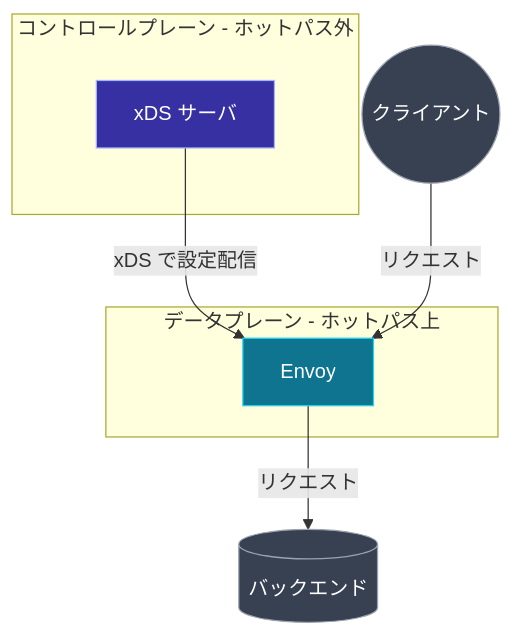
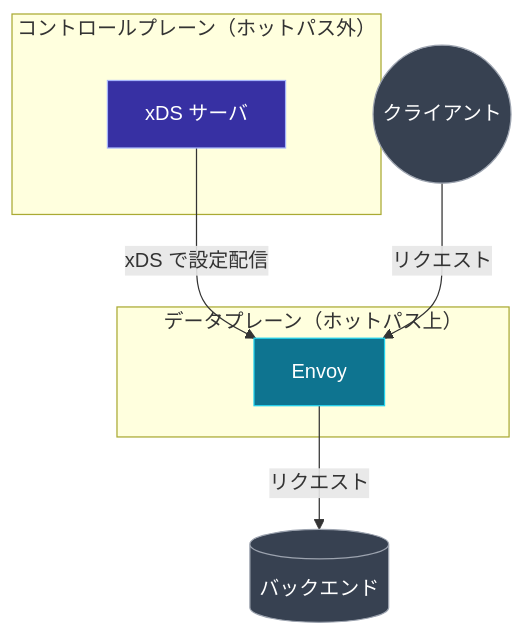
The first of 2 diagrams in docs/00-prerequisites/README.ja.md (0-draft/envoy-xds-deep-dive), drawn with Mermaid before and after one commit. The commit also changed other lines of this file and 29 other files, not shown here.

First line of the commit message:
docs: remove em dashes, fix CJK line wrapping, add LDS/RDS/CDS/EDS dispatch diagram

````diff
--- a/docs/00-prerequisites/README.ja.md
+++ b/docs/00-prerequisites/README.ja.md
@@ -45,19 +32,19 @@
 ```mermaid
 flowchart TB
     accTitle: コントロールプレーンとデータプレーン
     accDescr: コントロールプレーンの xDS サーバが xDS 経由で Envoy を設定する。ホットパス外だ。クライアントは Envoy を通してバックエンドへリクエストを送る。これはホットパス上。
-    subgraph control[コントロールプレーン - ホットパス外]
+    subgraph control["コントロールプレーン（ホットパス外）"]
         cp[xDS サーバ]
     end
-    subgraph data[データプレーン - ホットパス上]
+    subgraph data["データプレーン（ホットパス上）"]
         envoy[Envoy]
     end
     cp -- "xDS で設定配信" --> envoy
     client((クライアント)) -- リクエスト --> envoy -- リクエスト --> backend[(バックエンド)]
     class cp cp
     class envoy envoy
     class client,backend ext
     classDef cp fill:#3730a3,stroke:#a5b4fc,color:#fff
     classDef envoy fill:#0e7490,stroke:#22d3ee,color:#fff
     classDef ext fill:#374151,stroke:#9ca3af,color:#fff
 ```
````
